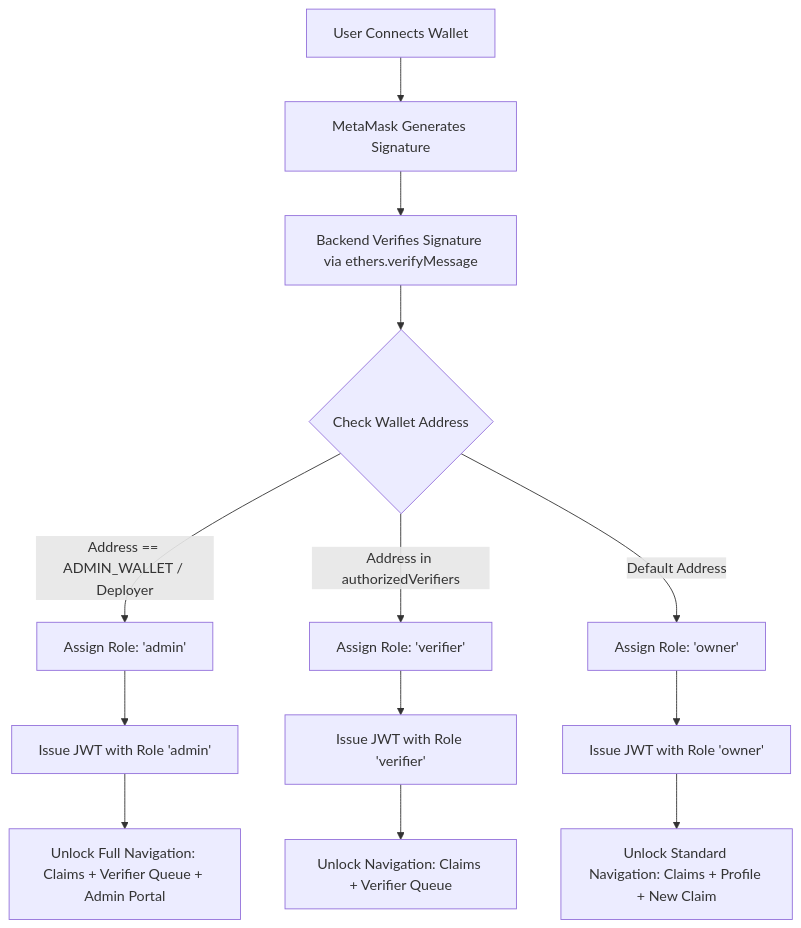
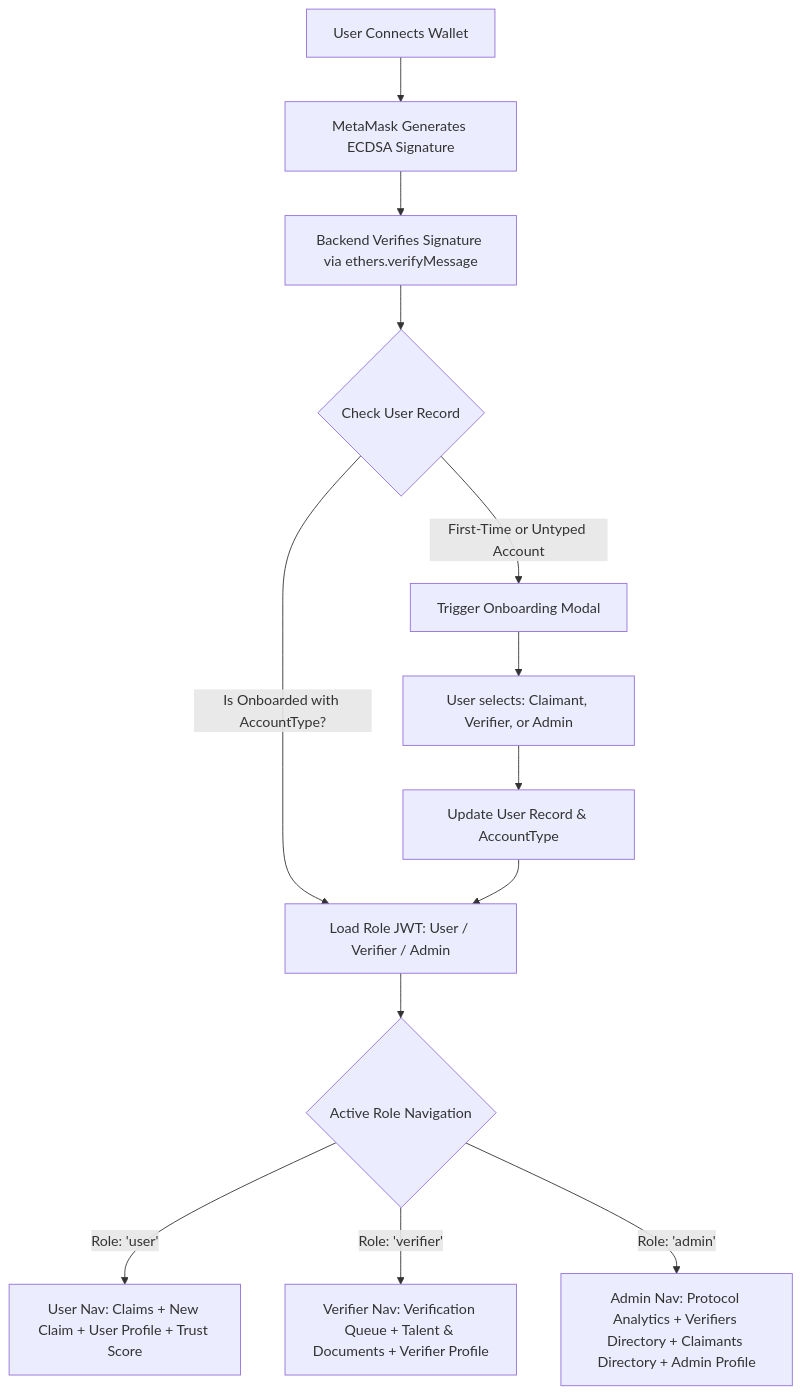
The first of 3 diagrams in README.md (Git-Octopus/TRUSTMESH), drawn with Mermaid before and after one commit. The commit also changed other lines of this file and 33 other files, not shown here.

Commit message:
feat: add admin dashboard and verifier management system with on-chain integration

````diff
--- a/README.md
+++ b/README.md
@@ -73,15 +83,15 @@
 ```mermaid
 flowchart TD
-    A[User Connects Wallet] --> B[MetaMask Generates Signature]
+    A[User Connects Wallet] --> B[MetaMask Generates ECDSA Signature]
     B --> C[Backend Verifies Signature via ethers.verifyMessage]
-    C --> D{Check Wallet Address}
-    D -- Address == ADMIN_WALLET / Deployer --> E[Assign Role: 'admin']
-    D -- Address in authorizedVerifiers --> F[Assign Role: 'verifier']
-    D -- Default Address --> G[Assign Role: 'owner']
-    E --> H[Issue JWT with Role 'admin']
-    F --> I[Issue JWT with Role 'verifier']
-    G --> J[Issue JWT with Role 'owner']
-    H --> K[Unlock Full Navigation: Claims + Verifier Queue + Admin Portal]
-    I --> L[Unlock Navigation: Claims + Verifier Queue]
-    J --> M[Unlock Standard Navigation: Claims + Profile + New Claim]
+    C --> D{Check User Record}
+    D -- Is Onboarded with AccountType? --> E[Load Role JWT: User / Verifier / Admin]
+    D -- First-Time or Untyped Account --> F[Trigger Onboarding Modal]
+    F --> G[User selects: Claimant, Verifier, or Admin]
+    G --> H[Update User Record & AccountType]
+    H --> E
+    E --> I{Active Role Navigation}
+    I -- Role: 'user' --> J[User Nav: Claims + New Claim + User Profile + Trust Score]
+    I -- Role: 'verifier' --> K[Verifier Nav: Verification Queue + Talent & Documents + Verifier Profile]
+    I -- Role: 'admin' --> L[Admin Nav: Protocol Analytics + Verifiers Directory + Claimants Directory + Admin Profile]
 ```
````
